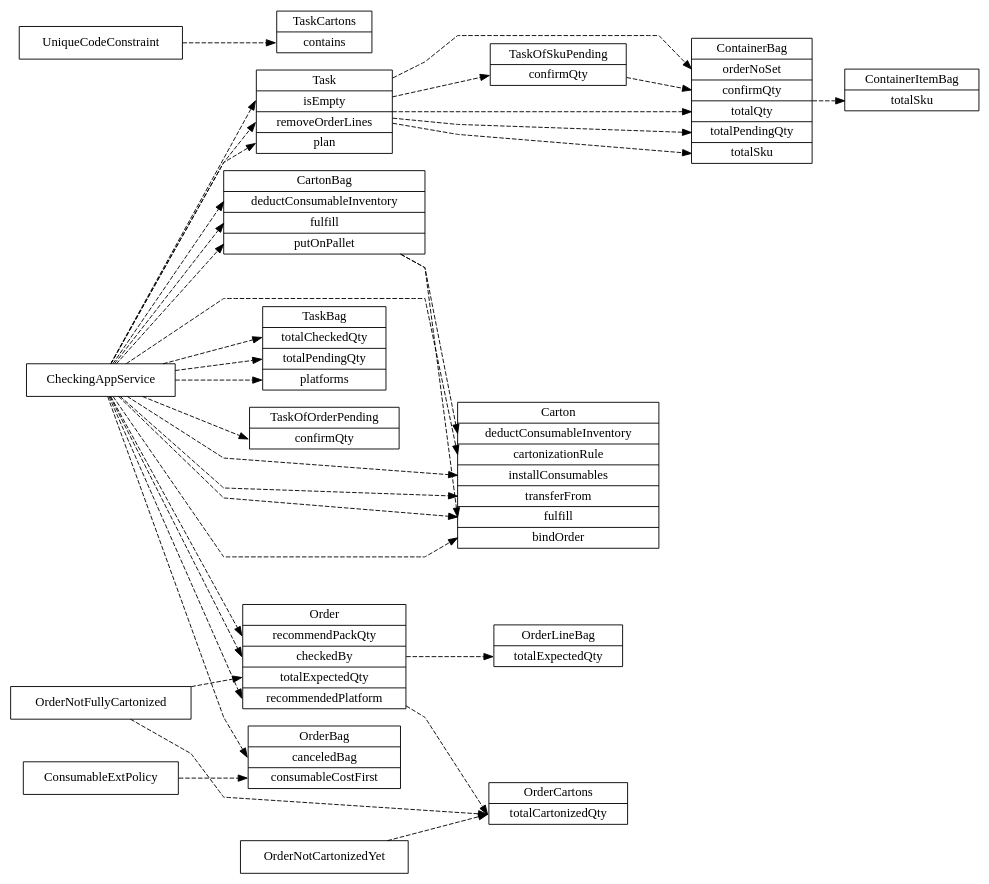
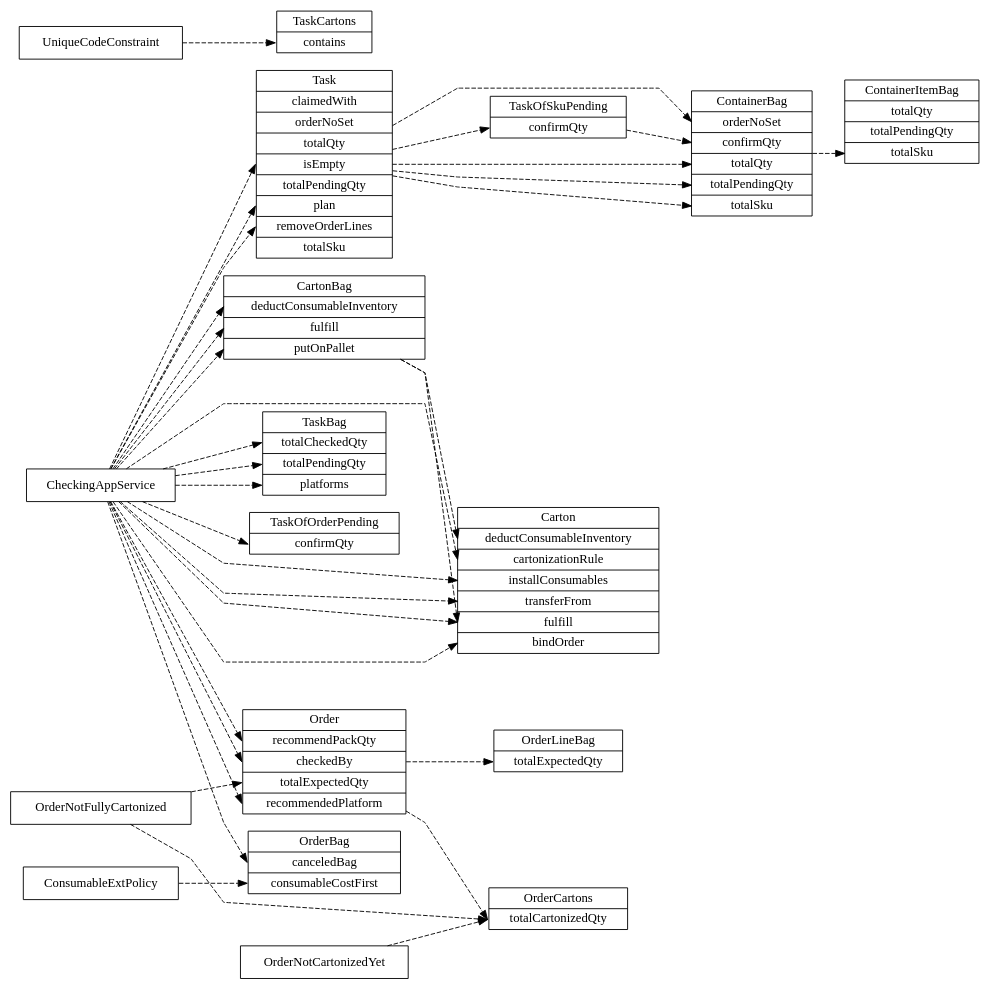
The diagram in doc/callgraph.dot (funkygao/cp-ddd-framework), drawn with Graphviz before and after one commit. The commit also changed 3 other files, not shown here.

Commit message:
bug fix: exclude the transposed key flow methods

```diff
--- a/doc/callgraph.dot
+++ b/doc/callgraph.dot
@@ -1,57 +1,57 @@
 digraph G {
    labelloc = "t";
    rankdir=LR;
    splines = polyline;
    node [shape=record];
    edge [style = dashed, fontsize=10];
 
    Carton [label="<Carton> Carton|<deductConsumableInventory> deductConsumableInventory|<cartonizationRule> cartonizationRule|<installConsumables> installConsumables|<transferFrom> transferFrom|<fulfill> fulfill|<bindOrder> bindOrder"];
    CartonBag [label="<CartonBag> CartonBag|<deductConsumableInventory> deductConsumableInventory|<fulfill> fulfill|<putOnPallet> putOnPallet"];
    ContainerBag [label="<ContainerBag> ContainerBag|<orderNoSet> orderNoSet|<confirmQty> confirmQty|<totalQty> totalQty|<totalPendingQty> totalPendingQty|<totalSku> totalSku"];
-   ContainerItemBag [label="<ContainerItemBag> ContainerItemBag|<totalSku> totalSku"];
+   ContainerItemBag [label="<ContainerItemBag> ContainerItemBag|<totalQty> totalQty|<totalPendingQty> totalPendingQty|<totalSku> totalSku"];
    Order [label="<Order> Order|<recommendPackQty> recommendPackQty|<checkedBy> checkedBy|<totalExpectedQty> totalExpectedQty|<recommendedPlatform> recommendedPlatform"];
    OrderBag [label="<OrderBag> OrderBag|<canceledBag> canceledBag|<consumableCostFirst> consumableCostFirst"];
    OrderCartons [label="<OrderCartons> OrderCartons|<totalCartonizedQty> totalCartonizedQty"];
    OrderLineBag [label="<OrderLineBag> OrderLineBag|<totalExpectedQty> totalExpectedQty"];
-   Task [label="<Task> Task|<isEmpty> isEmpty|<removeOrderLines> removeOrderLines|<plan> plan"];
+   Task [label="<Task> Task|<claimedWith> claimedWith|<orderNoSet> orderNoSet|<totalQty> totalQty|<isEmpty> isEmpty|<totalPendingQty> totalPendingQty|<plan> plan|<removeOrderLines> removeOrderLines|<totalSku> totalSku"];
    TaskBag [label="<TaskBag> TaskBag|<totalCheckedQty> totalCheckedQty|<totalPendingQty> totalPendingQty|<platforms> platforms"];
    TaskCartons [label="<TaskCartons> TaskCartons|<contains> contains"];
    TaskOfOrderPending [label="<TaskOfOrderPending> TaskOfOrderPending|<confirmQty> confirmQty"];
    TaskOfSkuPending [label="<TaskOfSkuPending> TaskOfSkuPending|<confirmQty> confirmQty"];
 
    CartonBag -> Carton:deductConsumableInventory
    CartonBag -> Carton:fulfill
    CheckingAppService -> TaskOfOrderPending:confirmQty
    CheckingAppService -> CartonBag:fulfill
    CheckingAppService -> CartonBag:putOnPallet
    CheckingAppService -> Order:checkedBy
    CheckingAppService -> CartonBag:deductConsumableInventory
    CheckingAppService -> Carton:cartonizationRule
    CheckingAppService -> Carton:bindOrder
    CheckingAppService -> Carton:transferFrom
    CheckingAppService -> OrderBag:canceledBag
    CheckingAppService -> Order:recommendPackQty
    CheckingAppService -> Carton:installConsumables
    CheckingAppService -> Carton:fulfill
    CheckingAppService -> Order:recommendedPlatform
    CheckingAppService -> TaskBag:platforms
    CheckingAppService -> TaskBag:totalCheckedQty
    CheckingAppService -> TaskBag:totalPendingQty
    CheckingAppService -> Task:removeOrderLines
    CheckingAppService -> Task:isEmpty
    CheckingAppService -> Task:plan
    ConsumableExtPolicy -> OrderBag:consumableCostFirst
    ContainerBag -> ContainerItemBag:totalSku
    OrderNotCartonizedYet -> OrderCartons:totalCartonizedQty
    OrderNotFullyCartonized -> Order:totalExpectedQty
    OrderNotFullyCartonized -> OrderCartons:totalCartonizedQty
    Order -> OrderCartons:totalCartonizedQty
    Order -> OrderLineBag:totalExpectedQty
    TaskOfSkuPending -> ContainerBag:confirmQty
    Task -> TaskOfSkuPending:confirmQty
    Task -> ContainerBag:orderNoSet
    Task -> ContainerBag:totalPendingQty
    Task -> ContainerBag:totalQty
    Task -> ContainerBag:totalSku
    UniqueCodeConstraint -> TaskCartons:contains
 }
```
